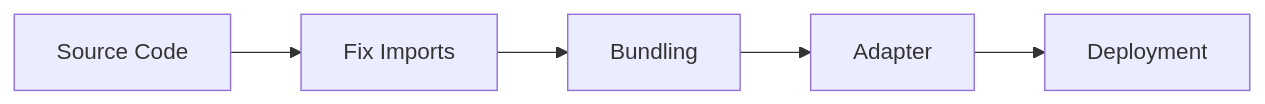
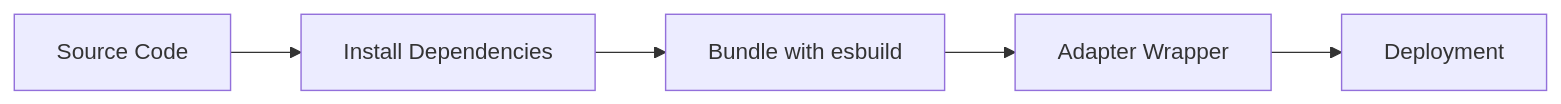
One commit to 0x4007/deno-deploy-debugging changed the second of 2 diagrams in docs/system-patterns.md. Above: the diagram before and after it, drawn with Mermaid. The commit also changed other lines of this file and 2 other files, not shown here.

First line of the commit message:
feat: implement esbuild bundling for Node.js plugins in Deno Deploy action

````diff
--- a/docs/system-patterns.md
+++ b/docs/system-patterns.md
@@ -42,7 +42,7 @@
 ```mermaid
 flowchart LR
-    S[Source Code] --> F[Fix Imports]
-    F --> B[Bundling]
-    B --> A[Adapter]
+    S[Source Code] --> I[Install Dependencies]
+    I --> B[Bundle with esbuild]
+    B --> A[Adapter Wrapper]
     A --> D[Deployment]
 ```
````
